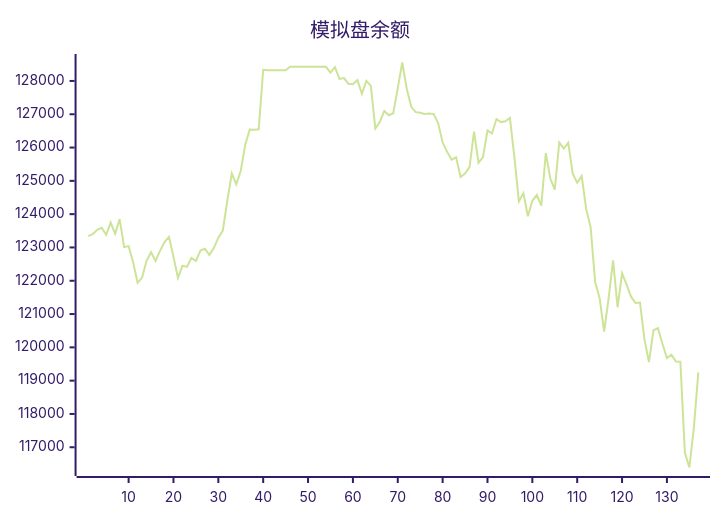
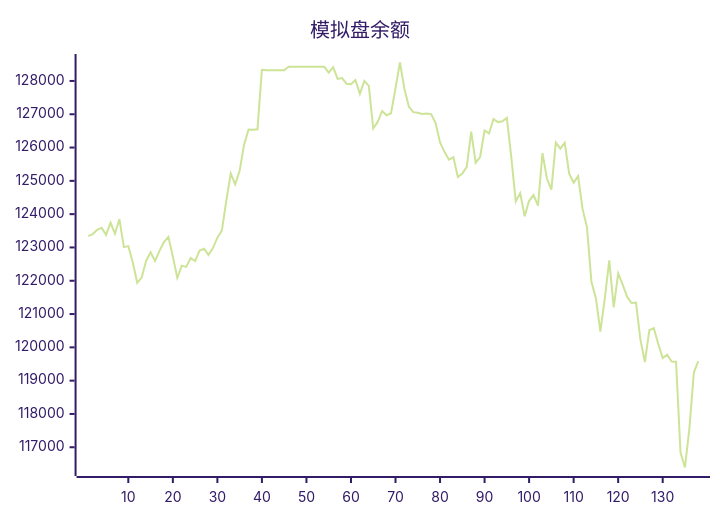
One commit to aahl/ai-trading changed the diagram in README.md. Above: the diagram before and after it, drawn with Mermaid (forest theme). The commit also changed other lines of this file and 1 other file, not shown here.

````diff
--- a/README.md
+++ b/README.md
@@ -5,5 +5,5 @@
 ```mermaid
 xychart
     title "模拟盘余额"
-    line [123338,123402,123530,123592,123378,123745,123413,123853,123009,123040,122557,121938,122095,122599,122856,122597,122898,123160,123319,122719,122087,122454,122416,122685,122592,122907,122961,122776,122981,123295,123507,124403,125224,124894,125303,126088,126544,126534,126549,128335,128318,128318,128318,128318,128318,128424,128424,128424,128424,128424,128424,128424,128424,128424,128247,128412,128062,128087,127917,127901,128026,127611,128000,127850,126572,126770,127100,126971,127029,127783,128554,127765,127224,127064,127044,127009,127025,127004,126738,126152,125871,125635,125707,125117,125217,125420,126480,125545,125715,126511,126424,126856,126764,126788,126890,125710,124381,124632,123936,124402,124574,124256,125833,125070,124739,126154,125966,126145,125213,124943,125143,124157,123604,121959,121476,120476,121470,122610,121201,122221,121889,121522,121332,121344,120232,119559,120513,120577,120108,119680,119777,119572,119568,116839,116392,117573,119250]
+    line [123338,123402,123530,123592,123378,123745,123413,123853,123009,123040,122557,121938,122095,122599,122856,122597,122898,123160,123319,122719,122087,122454,122416,122685,122592,122907,122961,122776,122981,123295,123507,124403,125224,124894,125303,126088,126544,126534,126549,128335,128318,128318,128318,128318,128318,128424,128424,128424,128424,128424,128424,128424,128424,128424,128247,128412,128062,128087,127917,127901,128026,127611,128000,127850,126572,126770,127100,126971,127029,127783,128554,127765,127224,127064,127044,127009,127025,127004,126738,126152,125871,125635,125707,125117,125217,125420,126480,125545,125715,126511,126424,126856,126764,126788,126890,125710,124381,124632,123936,124402,124574,124256,125833,125070,124739,126154,125966,126145,125213,124943,125143,124157,123604,121959,121476,120476,121470,122610,121201,122221,121889,121522,121332,121344,120232,119559,120513,120577,120108,119680,119777,119572,119568,116839,116392,117573,119250,119585]
 ```
````
